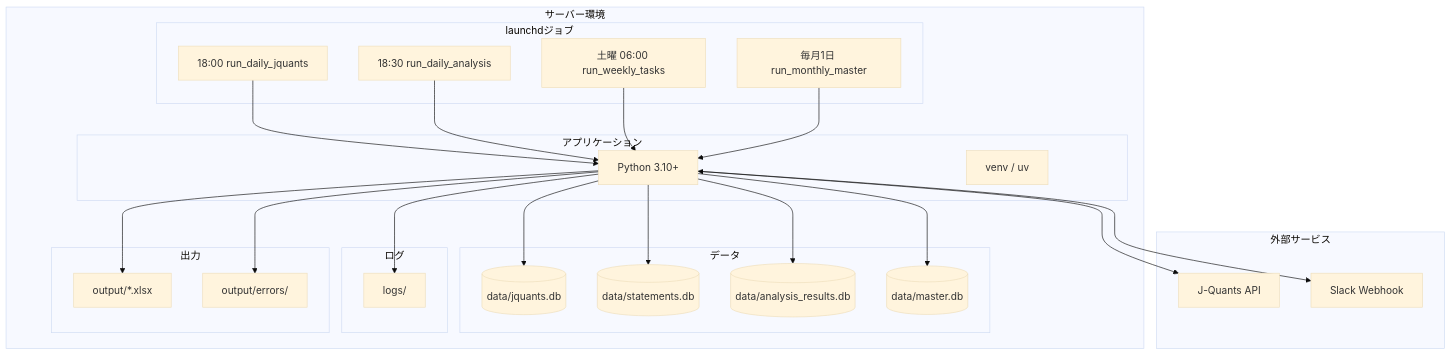
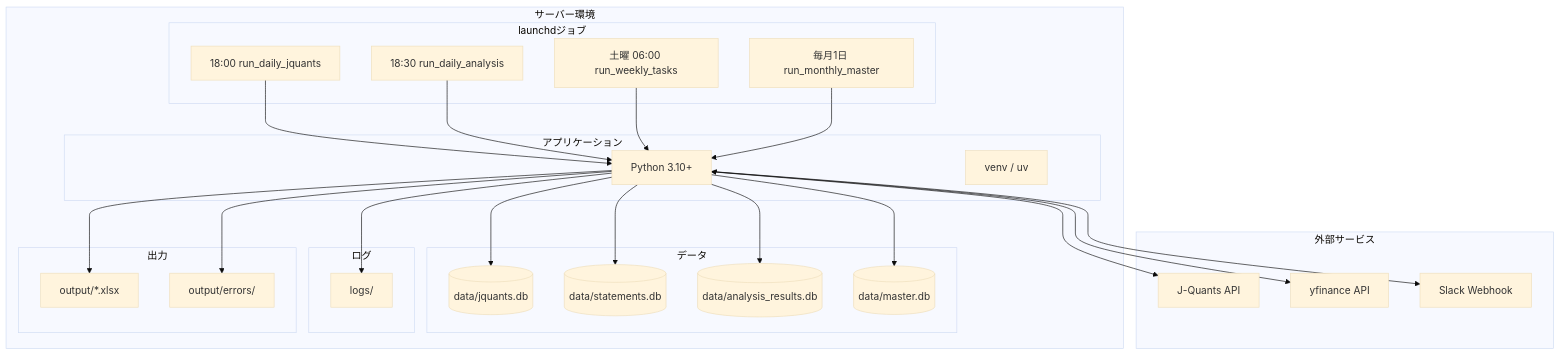
One commit to aidotters/stock-analysis changed the seventh of 8 diagrams in docs/core/diagrams.md. Above: the diagram before and after it, drawn with Mermaid (base theme). The commit also changed other lines of this file and 14 other files, not shown here.

````diff
--- a/docs/core/diagrams.md
+++ b/docs/core/diagrams.md
@@ -380,53 +412,55 @@
 ```mermaid
 graph TB
     subgraph Server["サーバー環境"]
         subgraph Cron["launchdジョブ"]
             C1[18:00 run_daily_jquants]
             C2[18:30 run_daily_analysis]
             C3[土曜 06:00 run_weekly_tasks]
             C4[毎月1日 run_monthly_master]
         end
 
         subgraph App["アプリケーション"]
             PY[Python 3.10+]
             VENV[venv / uv]
         end
 
         subgraph Data["データ"]
             DB1[(data/jquants.db)]
             DB2[(data/statements.db)]
             DB3[(data/analysis_results.db)]
             DB4[(data/master.db)]
         end
 
         subgraph Logs["ログ"]
             LOG[logs/]
         end
 
         subgraph Output["出力"]
             XLSX[output/*.xlsx]
             ERR[output/errors/]
         end
     end
 
     subgraph External["外部サービス"]
         JQAPI[J-Quants API]
+        YFAPI[yfinance API]
         SLACK[Slack Webhook]
     end
 
     C1 --> PY
     C2 --> PY
     C3 --> PY
     C4 --> PY
 
     PY --> DB1
     PY --> DB2
     PY --> DB3
     PY --> DB4
     PY --> LOG
     PY --> XLSX
     PY --> ERR
 
     PY <--> JQAPI
+    PY <--> YFAPI
     PY --> SLACK
 ```
````
